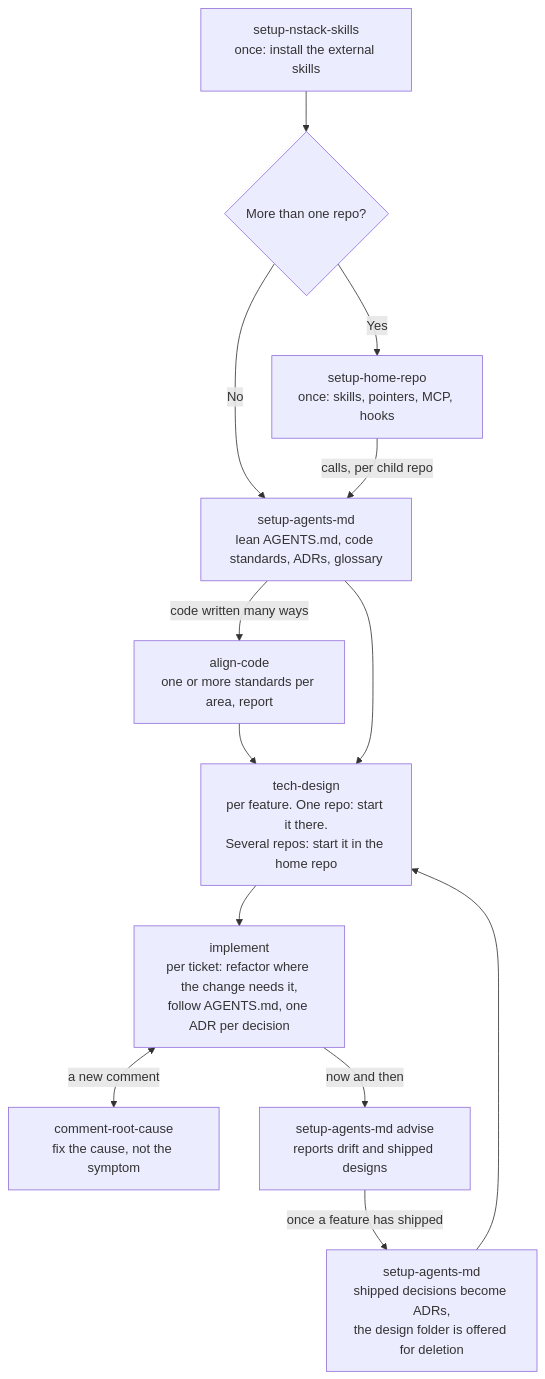
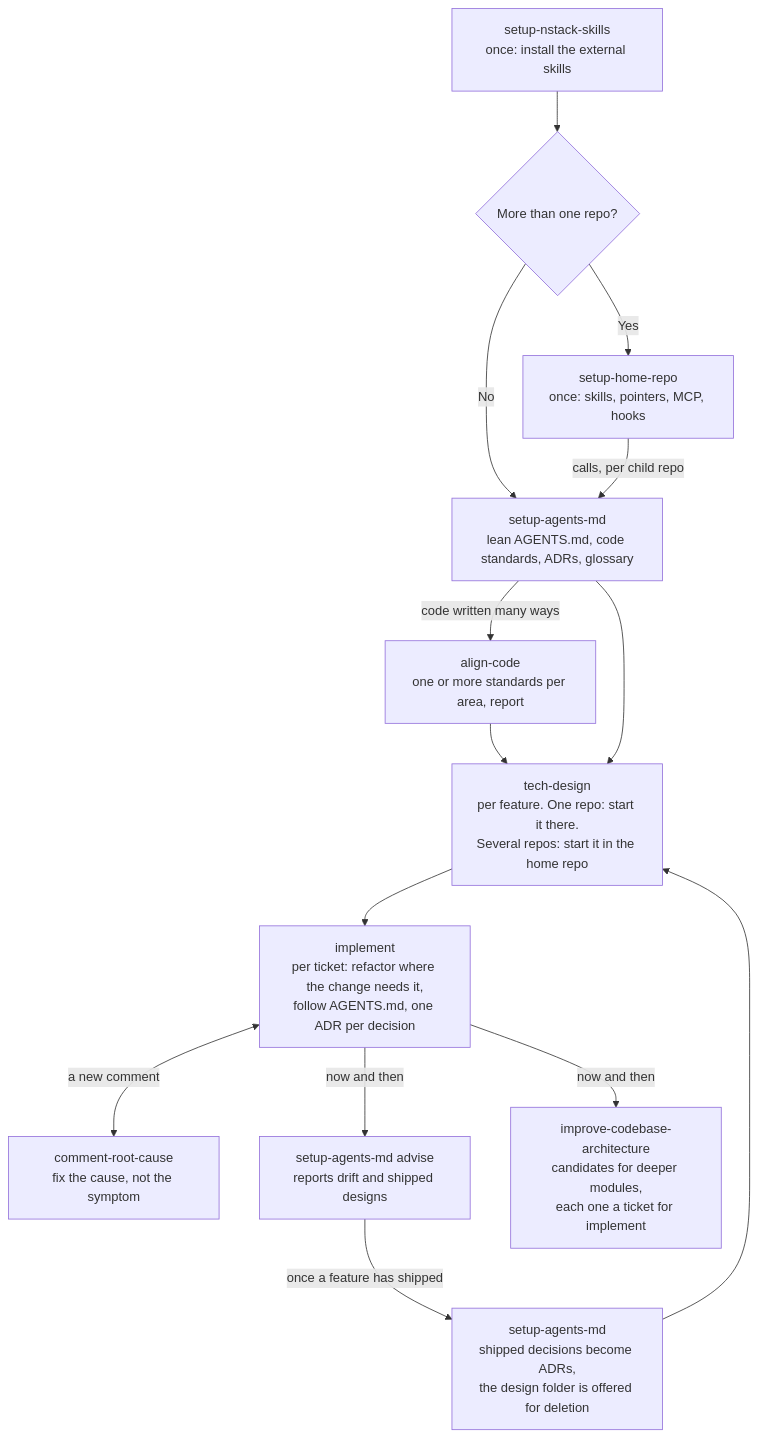
One commit to svennijhuis/nstack changed the first of 2 diagrams in README.md. Above: the diagram before and after it, drawn with Mermaid. The commit also changed other lines of this file and 5 other files, not shown here.

First line of the commit message:
implement: close review gaps, add evals, pin improve-codebase-architecture

````diff
--- a/README.md
+++ b/README.md
@@ -20,15 +20,16 @@
 ```mermaid
 flowchart TD
     A[setup-nstack-skills<br/>once: install the external skills] --> B{More than one repo?}
     B -->|Yes| C[setup-home-repo<br/>once: skills, pointers, MCP, hooks]
     B -->|No| D
     C -->|calls, per child repo| D[setup-agents-md<br/>lean AGENTS.md, code standards, ADRs, glossary]
     D -->|code written many ways| I[align-code<br/>one or more standards per area, report]
     I --> E
     D --> E[tech-design<br/>per feature. One repo: start it there.<br/>Several repos: start it in the home repo]
     E --> F[implement<br/>per ticket: refactor where the change needs it,<br/>follow AGENTS.md, one ADR per decision]
     F <-->|a new comment| R[comment-root-cause<br/>fix the cause, not the symptom]
     F -->|now and then| G[setup-agents-md advise<br/>reports drift and shipped designs]
+    F -->|now and then| A2[improve-codebase-architecture<br/>candidates for deeper modules,<br/>each one a ticket for implement]
     G -->|once a feature has shipped| H[setup-agents-md<br/>shipped decisions become ADRs,<br/>the design folder is offered for deletion]
     H --> E
 ```
````
